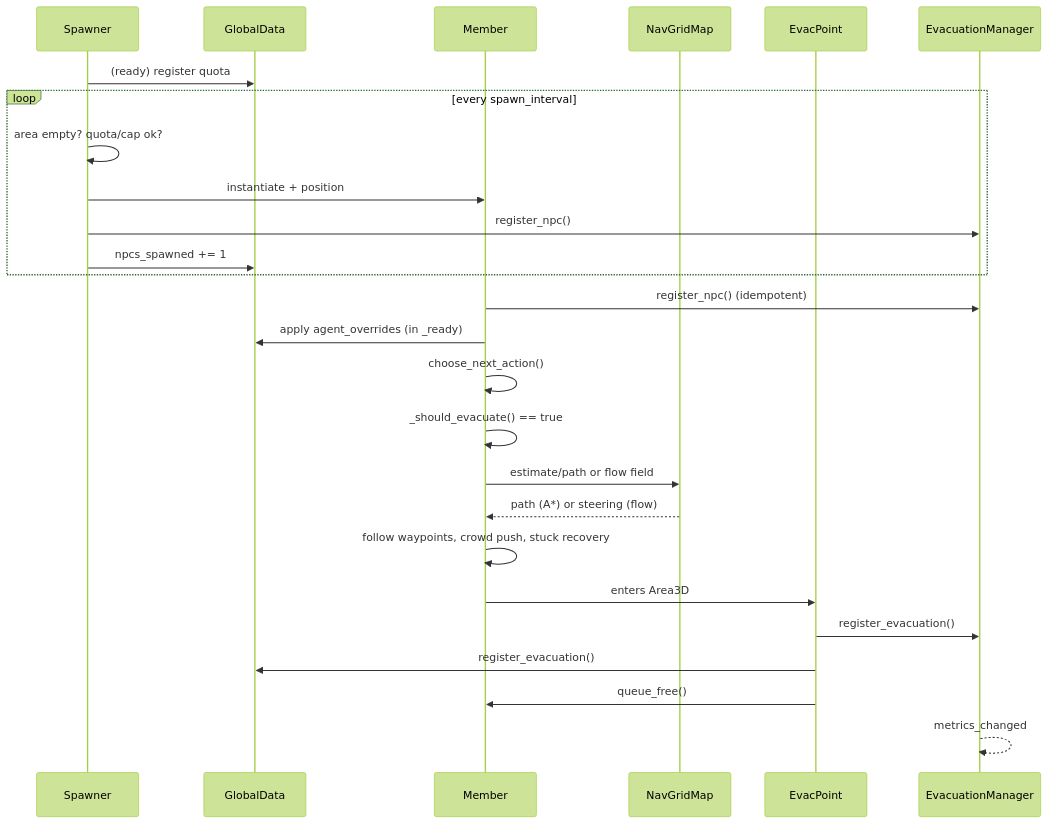
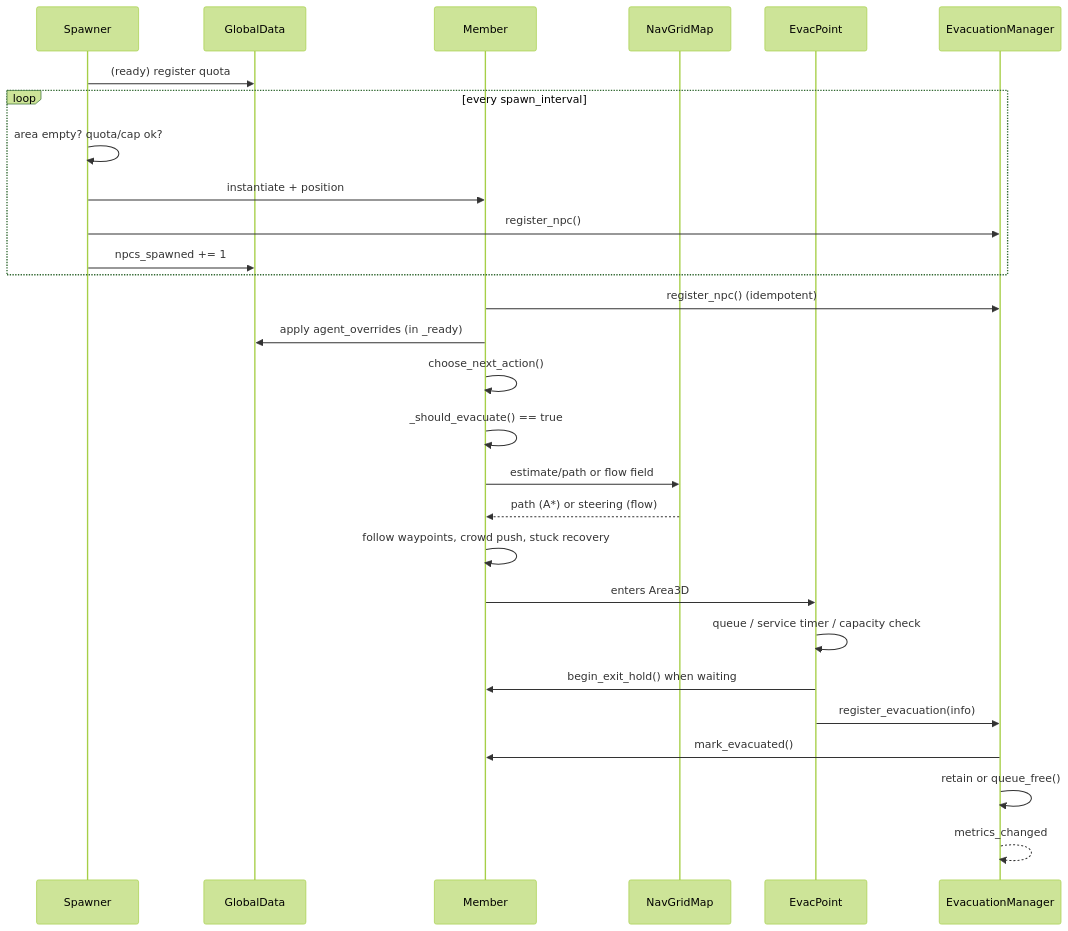
The second of 3 diagrams in docs/CODEBASE_ANALYSIS.md (edlawrence2008-sys/Evacuation_Route_Optimizer), drawn with Mermaid (forest theme) before and after one commit. The commit also changed other lines of this file and 46 other files, not shown here.

````diff
--- a/docs/CODEBASE_ANALYSIS.md
+++ b/docs/CODEBASE_ANALYSIS.md
@@ -1001,29 +1015,31 @@
 ```mermaid
 sequenceDiagram
     participant Spawner
     participant Global as GlobalData
     participant Member
     participant Grid as NavGridMap
     participant Evac as EvacPoint
     participant Mgr as EvacuationManager
 
     Spawner->>Global: (ready) register quota
     loop every spawn_interval
         Spawner->>Spawner: area empty? quota/cap ok?
         Spawner->>Member: instantiate + position
         Spawner->>Mgr: register_npc()
         Spawner->>Global: npcs_spawned += 1
     end
     Member->>Mgr: register_npc() (idempotent)
     Member->>Global: apply agent_overrides (in _ready)
     Member->>Member: choose_next_action()
     Member->>Member: _should_evacuate() == true
     Member->>Grid: estimate/path or flow field
     Grid-->>Member: path (A*) or steering (flow)
     Member->>Member: follow waypoints, crowd push, stuck recovery
     Member->>Evac: enters Area3D
-    Evac->>Mgr: register_evacuation()
-    Evac->>Global: register_evacuation()
-    Evac->>Member: queue_free()
+    Evac->>Evac: queue / service timer / capacity check
+    Evac->>Member: begin_exit_hold() when waiting
+    Evac->>Mgr: register_evacuation(info)
+    Mgr->>Member: mark_evacuated()
+    Mgr->>Mgr: retain or queue_free()
     Mgr-->>Mgr: metrics_changed
 ```
````
